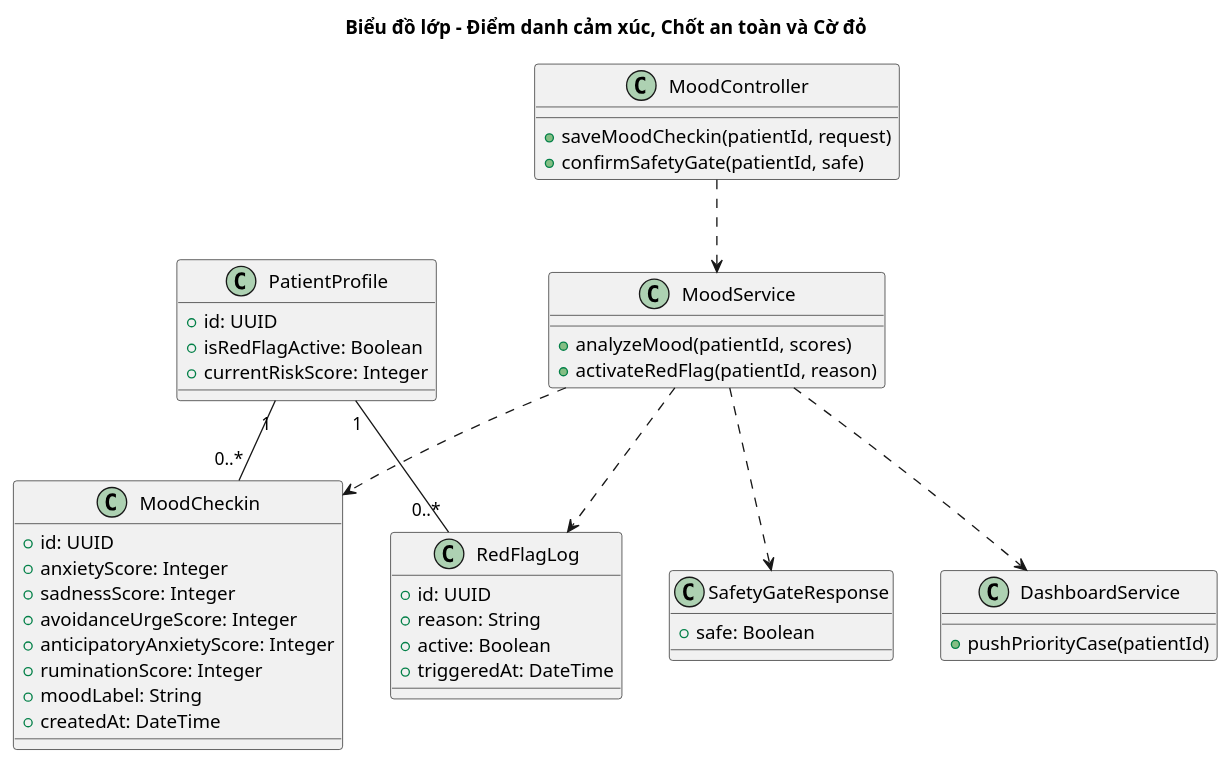
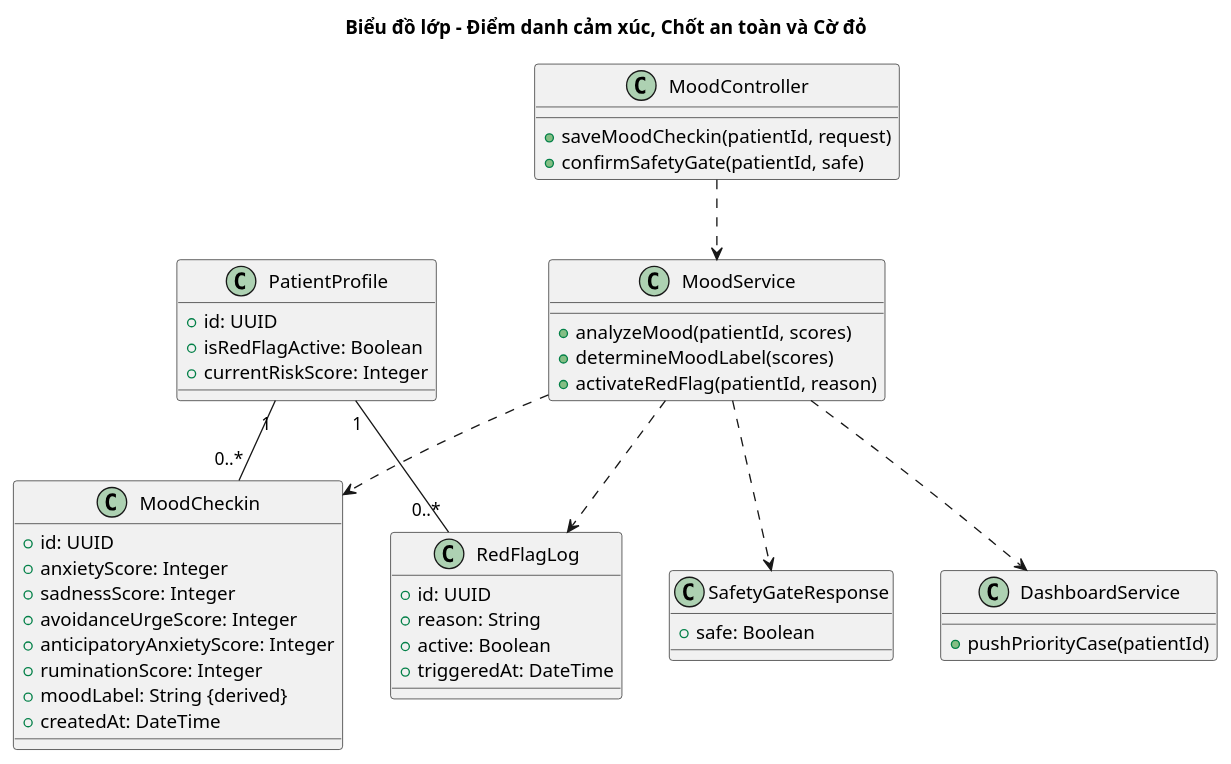
The diagram in docs/diagrams/Bieudolop/class_daily_checkin_redflag.puml (phuongtech24/do_an), drawn with PlantUML before and after one commit. The commit also changed 18 other files, not shown here.

```diff
--- a/docs/diagrams/Bieudolop/class_daily_checkin_redflag.puml
+++ b/docs/diagrams/Bieudolop/class_daily_checkin_redflag.puml
@@ -1,54 +1,55 @@
 @startuml
 title Biểu đồ lớp - Điểm danh cảm xúc, Chốt an toàn và Cờ đỏ
 
 class PatientProfile {
   +id: UUID
   +isRedFlagActive: Boolean
   +currentRiskScore: Integer
 }
 
 class MoodCheckin {
   +id: UUID
   +anxietyScore: Integer
   +sadnessScore: Integer
   +avoidanceUrgeScore: Integer
   +anticipatoryAnxietyScore: Integer
   +ruminationScore: Integer
-  +moodLabel: String
+  +moodLabel: String {derived}
   +createdAt: DateTime
 }
 
 class SafetyGateResponse {
   +safe: Boolean
 }
 
 class RedFlagLog {
   +id: UUID
   +reason: String
   +active: Boolean
   +triggeredAt: DateTime
 }
 
 class MoodController {
   +saveMoodCheckin(patientId, request)
   +confirmSafetyGate(patientId, safe)
 }
 
 class MoodService {
   +analyzeMood(patientId, scores)
+  +determineMoodLabel(scores)
   +activateRedFlag(patientId, reason)
 }
 
 class DashboardService {
   +pushPriorityCase(patientId)
 }
 
 PatientProfile "1" -- "0..*" MoodCheckin
 PatientProfile "1" -- "0..*" RedFlagLog
 MoodController ..> MoodService
 MoodService ..> MoodCheckin
 MoodService ..> SafetyGateResponse
 MoodService ..> RedFlagLog
 MoodService ..> DashboardService
 
 @enduml
```
